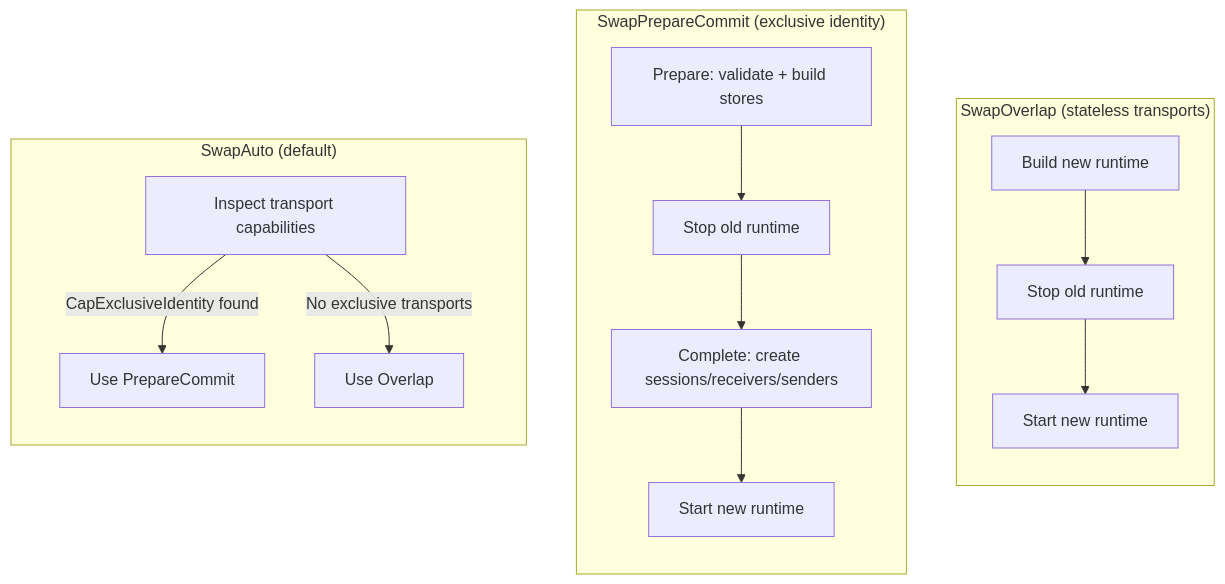
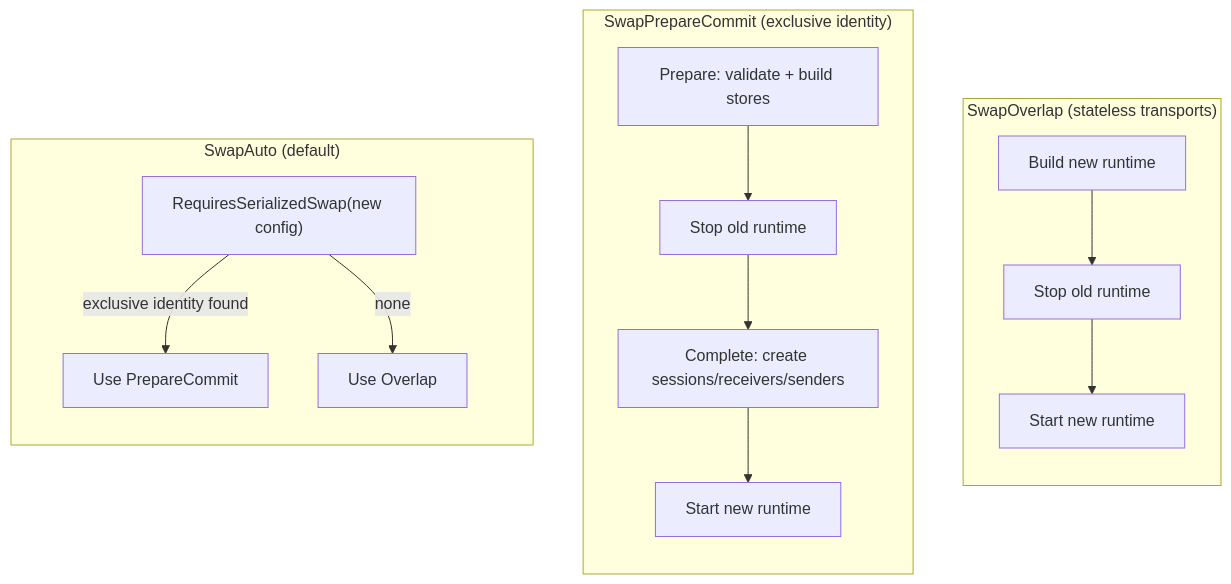
Before and after one commit to mariotoffia/gobridge: the second of 3 diagrams in docs/scenarios/10-dynamic-reconfiguration.md, drawn with Mermaid. The commit also changed other lines of this file and 5 other files, not shown here.

First line of the commit message:
docs: swap-mode selection is RequiresSerializedSwap, not a capability check

````diff
--- a/docs/scenarios/10-dynamic-reconfiguration.md
+++ b/docs/scenarios/10-dynamic-reconfiguration.md
@@ -203,22 +203,22 @@
 ```mermaid
 flowchart TD
     subgraph SwapOverlap ["SwapOverlap (stateless transports)"]
         direction TB
         O1["Build new runtime"] --> O2["Stop old runtime"]
         O2 --> O3["Start new runtime"]
     end
 
     subgraph SwapPrepareCommit ["SwapPrepareCommit (exclusive identity)"]
         direction TB
         P1["Prepare: validate + build stores"] --> P2["Stop old runtime"]
         P2 --> P3["Complete: create sessions/receivers/senders"]
         P3 --> P4["Start new runtime"]
     end
 
     subgraph SwapAuto ["SwapAuto (default)"]
         direction TB
-        A1["Inspect transport capabilities"]
-        A1 -->|"CapExclusiveIdentity found"| A2["Use PrepareCommit"]
-        A1 -->|"No exclusive transports"| A3["Use Overlap"]
+        A1["RequiresSerializedSwap(new config)"]
+        A1 -->|"exclusive identity found"| A2["Use PrepareCommit"]
+        A1 -->|"none"| A3["Use Overlap"]
     end
 ```
````
